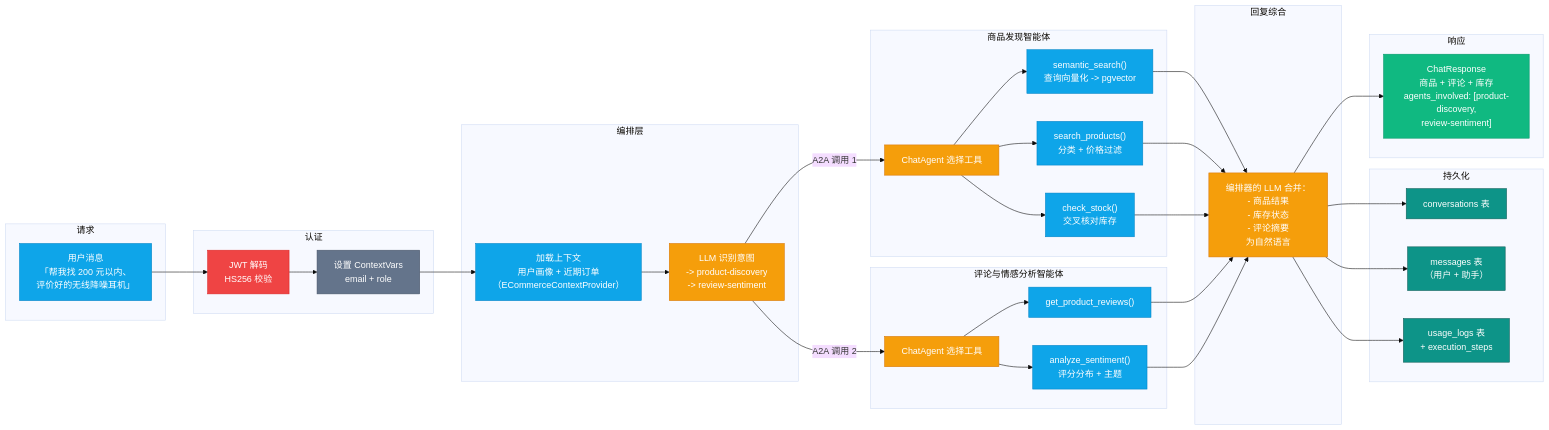
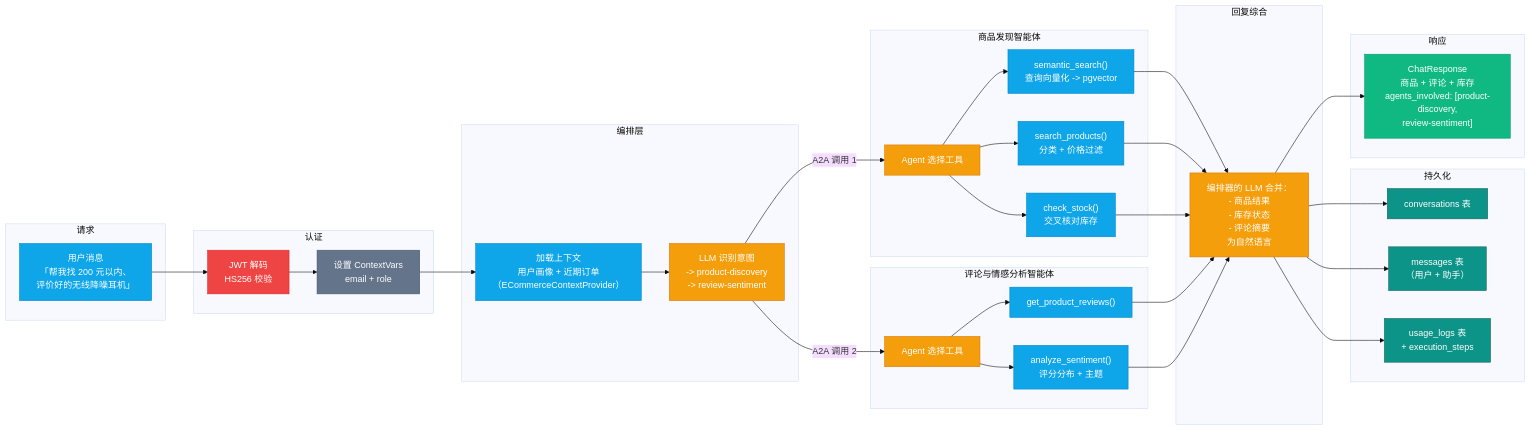
One commit to s1encisi/reliable-commerce-agents changed the eighth of 8 diagrams in docs/architecture.md. Above: the diagram before and after it, drawn with Mermaid (base theme). The commit also changed other lines of this file and 144 other files, not shown here.

```diff
--- a/docs/architecture.md
+++ b/docs/architecture.md
@@ -379,14 +414,14 @@
     end
 
     subgraph A2A_1["商品发现智能体"]
-        PD_LLM["ChatAgent 选择工具"]
+        PD_LLM["Agent 选择工具"]
         PD_SEARCH["semantic_search()<br/>查询向量化 -> pgvector"]
         PD_FILTER["search_products()<br/>分类 + 价格过滤"]
         PD_STOCK["check_stock()<br/>交叉核对库存"]
     end
 
     subgraph A2A_2["评论与情感分析智能体"]
-        RS_LLM["ChatAgent 选择工具"]
+        RS_LLM["Agent 选择工具"]
         RS_REVIEWS["get_product_reviews()"]
         RS_SENT["analyze_sentiment()<br/>评分分布 + 主题"]
     end
```
